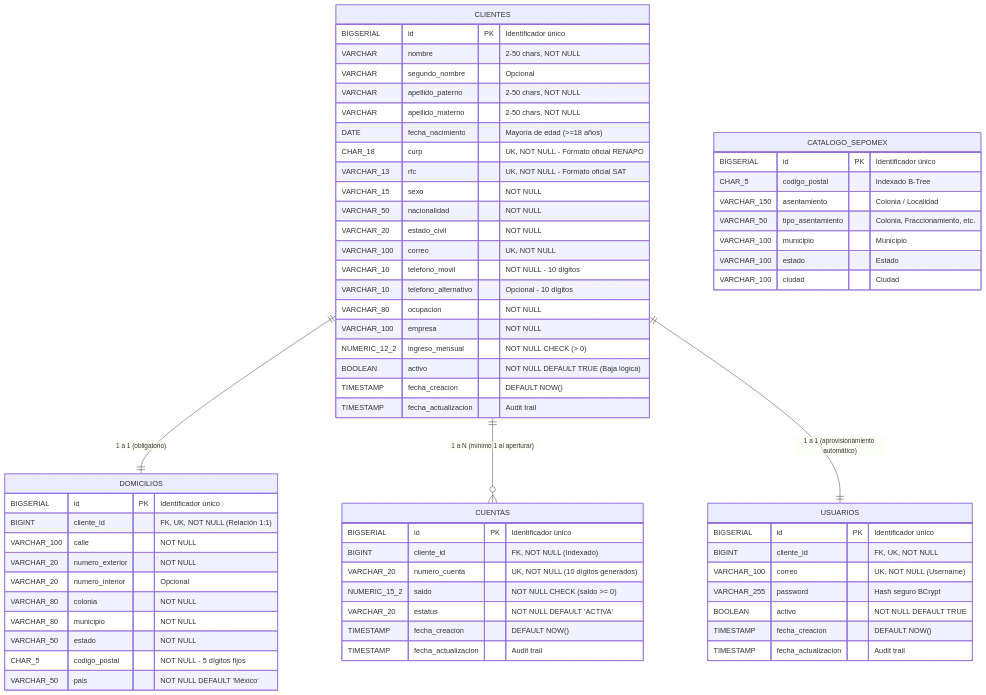
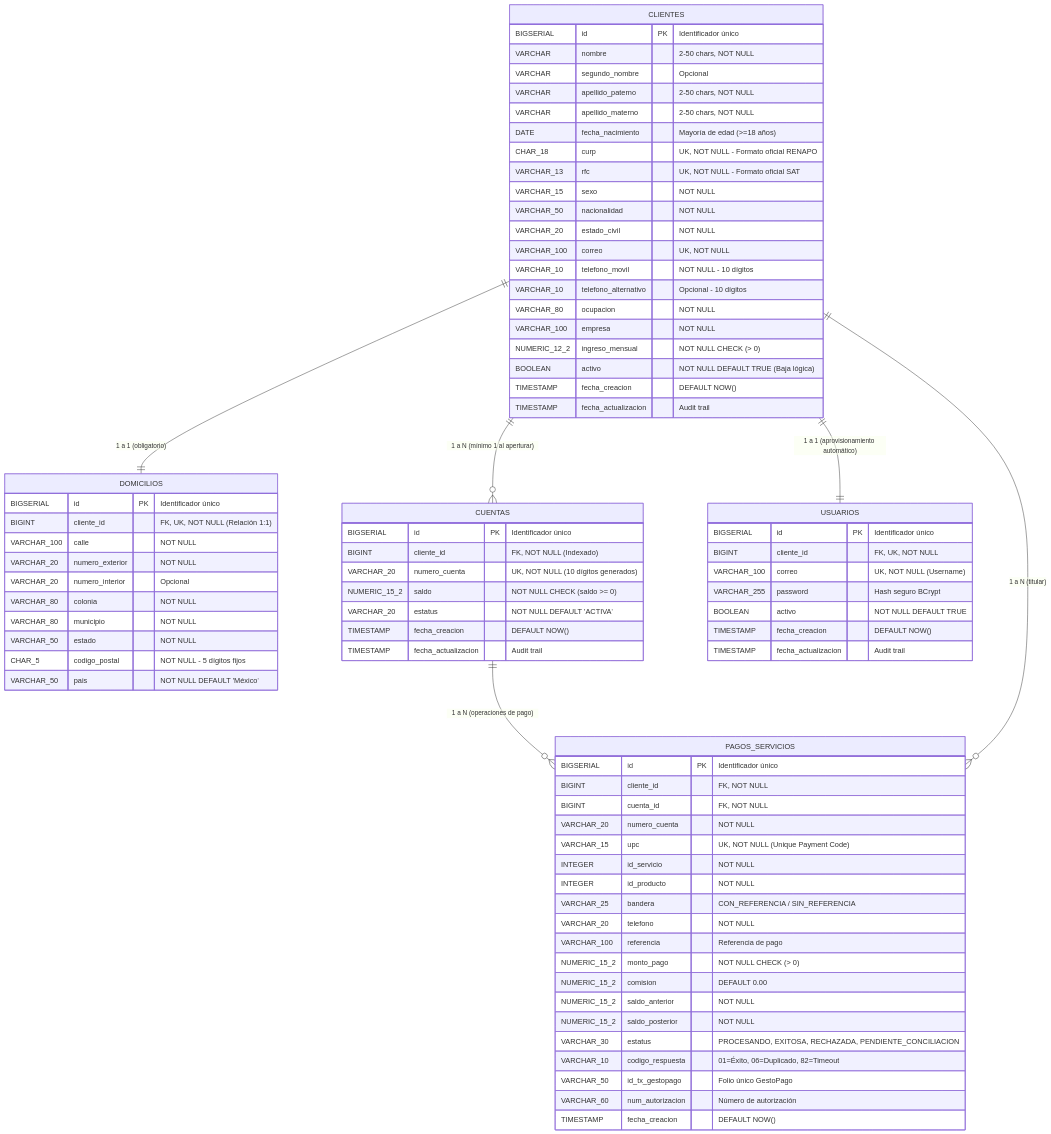
Before and after one commit to juanpaa777/proyecto_H_JDPX: the first of 2 diagrams in README.md, drawn with Mermaid. The commit also changed other lines of this file and 27 other files, not shown here.

Commit message:
feat(pagos): integrar pagos de servicios y recargas con GestoPago (sendTx.do y confirmTx.do) con firma AES-256

````diff
--- a/README.md
+++ b/README.md
@@ -74,6 +74,8 @@
     CLIENTES ||--|| DOMICILIOS : "1 a 1 (obligatorio)"
     CLIENTES ||--o{ CUENTAS : "1 a N (mínimo 1 al aperturar)"
     CLIENTES ||--|| USUARIOS : "1 a 1 (aprovisionamiento automático)"
+    CUENTAS ||--o{ PAGOS_SERVICIOS : "1 a N (operaciones de pago)"
+    CLIENTES ||--o{ PAGOS_SERVICIOS : "1 a N (titular)"
 
     CLIENTES {
         BIGSERIAL id PK "Identificador único"
@@ -131,13 +133,25 @@
         TIMESTAMP fecha_actualizacion "Audit trail"
     }
 
-    CATALOGO_SEPOMEX {
+    PAGOS_SERVICIOS {
         BIGSERIAL id PK "Identificador único"
-        CHAR_5 codigo_postal "Indexado B-Tree"
-        VARCHAR_150 asentamiento "Colonia / Localidad"
-        VARCHAR_50 tipo_asentamiento "Colonia, Fraccionamiento, etc."
-        VARCHAR_100 municipio "Municipio"
-        VARCHAR_100 estado "Estado"
-        VARCHAR_100 ciudad "Ciudad"
+        BIGINT cliente_id "FK, NOT NULL"
+        BIGINT cuenta_id "FK, NOT NULL"
+        VARCHAR_20 numero_cuenta "NOT NULL"
+        VARCHAR_15 upc "UK, NOT NULL (Unique Payment Code)"
+        INTEGER id_servicio "NOT NULL"
+        INTEGER id_producto "NOT NULL"
+        VARCHAR_25 bandera "CON_REFERENCIA / SIN_REFERENCIA"
+        VARCHAR_20 telefono "NOT NULL"
+        VARCHAR_100 referencia "Referencia de pago"
+        NUMERIC_15_2 monto_pago "NOT NULL CHECK (> 0)"
+        NUMERIC_15_2 comision "DEFAULT 0.00"
+        NUMERIC_15_2 saldo_anterior "NOT NULL"
+        NUMERIC_15_2 saldo_posterior "NOT NULL"
+        VARCHAR_30 estatus "PROCESANDO, EXITOSA, RECHAZADA, PENDIENTE_CONCILIACION"
+        VARCHAR_10 codigo_respuesta "01=Éxito, 06=Duplicado, 82=Timeout"
+        VARCHAR_50 id_tx_gestopago "Folio único GestoPago"
+        VARCHAR_60 num_autorizacion "Número de autorización"
+        TIMESTAMP fecha_creacion "DEFAULT NOW()"
     }
 ```
````
